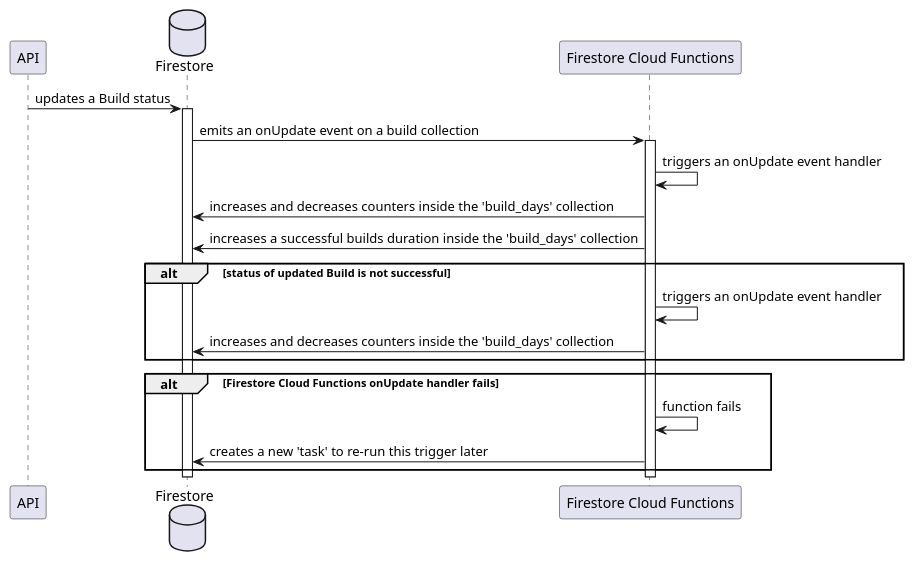
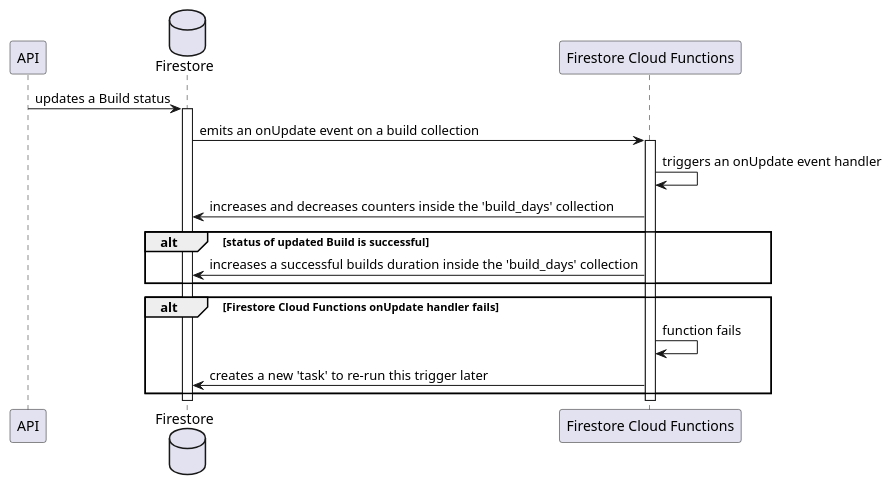
Before and after one commit to Flank/flank-dashboard: the diagram in metrics/firebase/docs/features/builds_aggregation/diagrams/firestore_update_builds_aggregation_sequence_diagram.puml, drawn with PlantUML. The commit also changed 2 other files, not shown here.

```diff
--- a/metrics/firebase/docs/features/builds_aggregation/diagrams/firestore_update_builds_aggregation_sequence_diagram.puml
+++ b/metrics/firebase/docs/features/builds_aggregation/diagrams/firestore_update_builds_aggregation_sequence_diagram.puml
@@ -1,34 +1,32 @@
 @startuml firestore_update_builds_aggregation_sequence_diagram
     skinparam ParticipantPadding 20
     skinparam BoxPadding 10
 
     participant API
 
     database Firestore
 
     participant "Firestore Cloud Functions" as FCF
 
     API -> Firestore : updates a Build status
     activate Firestore
 
     Firestore -> FCF : emits an onUpdate event on a build collection
     activate FCF
     
     FCF -> FCF : triggers an onUpdate event handler
-    FCF -> Firestore : increases and decreases counters inside the 'build_days' collection
-    FCF -> Firestore : increases a successful builds duration inside the 'build_days' collection
+    FCF -> Firestore : increases and decreases counters inside the 'build_days' collection    
     
-    alt status of updated Build is not successful
-        FCF -> FCF : triggers an onUpdate event handler
-        FCF -> Firestore : increases and decreases counters inside the 'build_days' collection
+    alt status of updated Build is successful
+        FCF -> Firestore : increases a successful builds duration inside the 'build_days' collection
     end
 
     alt Firestore Cloud Functions onUpdate handler fails
         FCF -> FCF : function fails
         FCF -> Firestore : creates a new 'task' to re-run this trigger later
     end
 
     deactivate FCF
     deactivate Firestore
 
 @enduml
```
